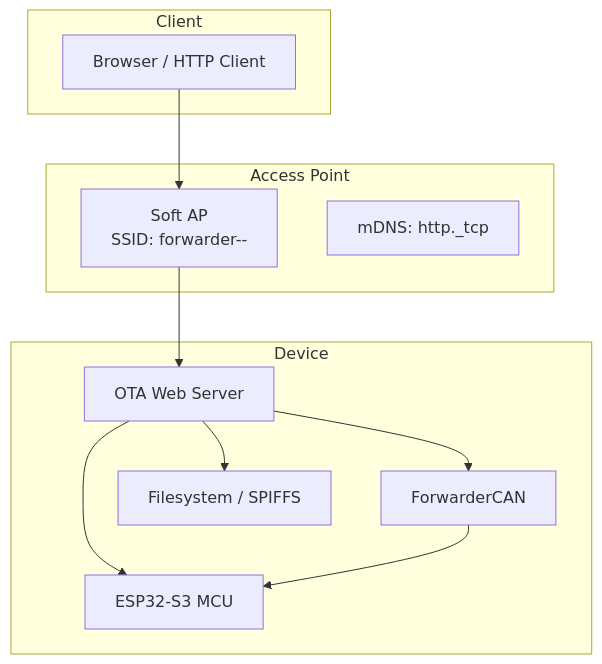
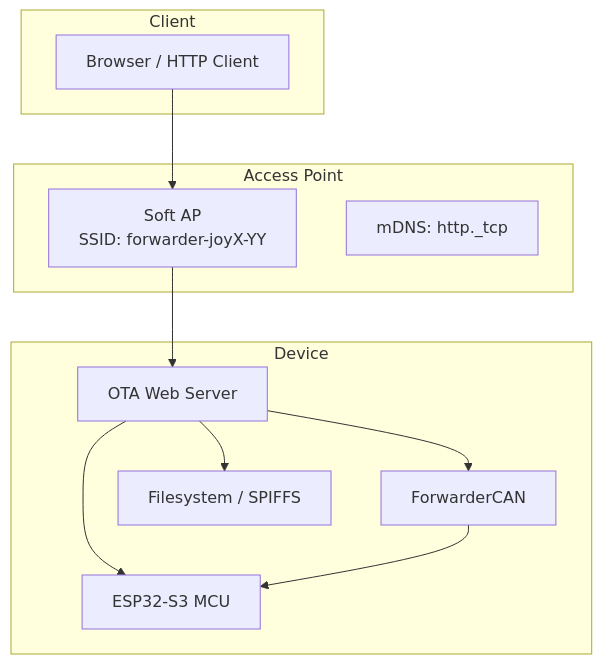
Before and after one commit to gunicsba/ESP_CAN_ECU_joystick_collection: the second of 8 diagrams in .qoder/repowiki/en/content/OTA Firmware Updates/OTA Firmware Updates.md, drawn with Mermaid. The commit also changed other lines of this file and 15 other files, not shown here.

````diff
--- a/.qoder/repowiki/en/content/OTA Firmware Updates/OTA Firmware Updates.md
+++ b/.qoder/repowiki/en/content/OTA Firmware Updates/OTA Firmware Updates.md
@@ -92,22 +103,22 @@
 ```mermaid
 graph TB
 subgraph "Device"
 MCU["ESP32-S3 MCU"]
 CAN["ForwarderCAN"]
 OTA["OTA Web Server"]
 FS["Filesystem / SPIFFS"]
 end
 subgraph "Access Point"
-AP["Soft AP<br/>SSID: forwarder-<type>-<addr>"]
+AP["Soft AP<br/>SSID: forwarder-joyX-YY"]
 DNS["mDNS: http._tcp"]
 end
 subgraph "Client"
 Browser["Browser / HTTP Client"]
 end
 Browser --> AP
 AP --> OTA
 OTA --> FS
 OTA --> MCU
 OTA --> CAN
 CAN --> MCU
 ```
````
